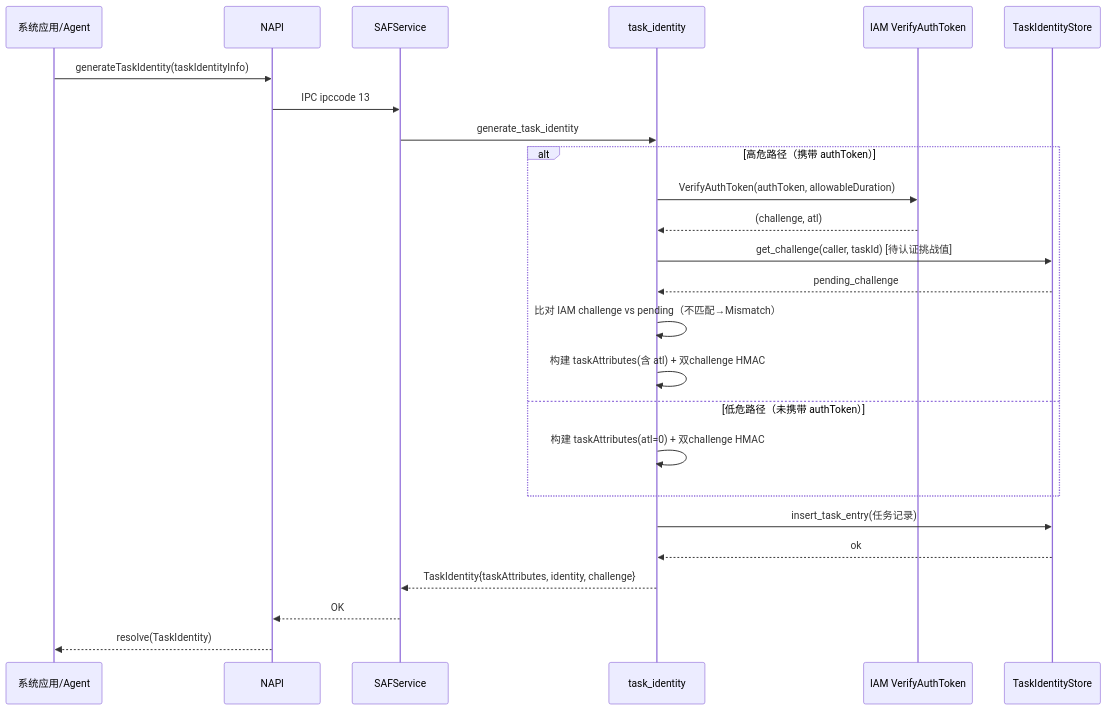
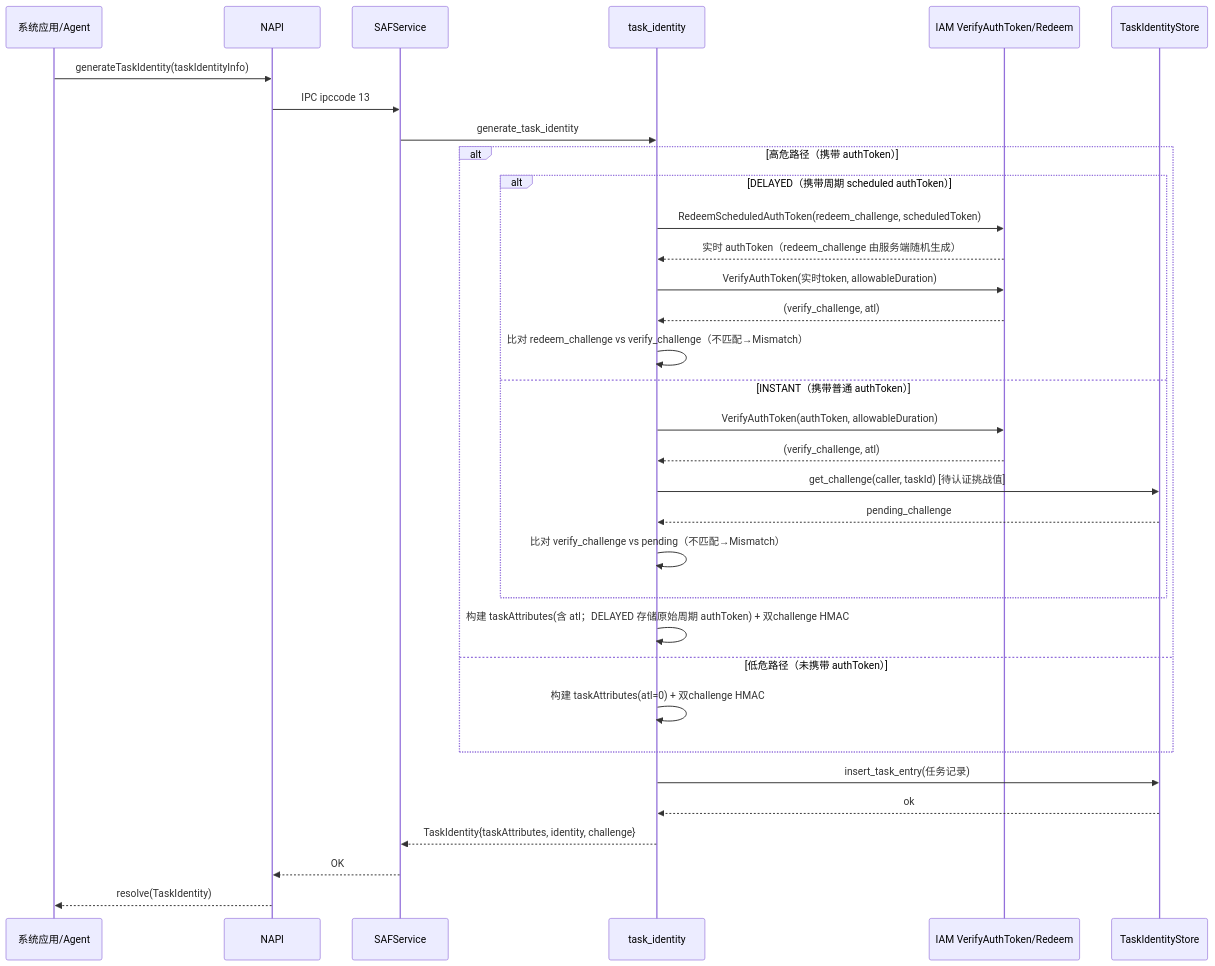
One commit to eclipse-oniro-mirrors/security_asset changed the third of 8 diagrams in .codespec/changes/20260905541319/design.md. Above: the diagram before and after it, drawn with Mermaid. The commit also changed other lines of this file and 35 other files, not shown here.

````diff
--- a/.codespec/changes/20260905541319/design.md
+++ b/.codespec/changes/20260905541319/design.md
@@ -274,27 +274,35 @@
 ```mermaid
 sequenceDiagram
   participant App as 系统应用/Agent
   participant NAPI as NAPI
   participant SA as SAFService
   participant TI as task_identity
-  participant IAM as IAM VerifyAuthToken
+  participant IAM as IAM VerifyAuthToken/Redeem
   participant ST as TaskIdentityStore
   App->>NAPI: generateTaskIdentity(taskIdentityInfo)
   NAPI->>SA: IPC ipccode 13
   SA->>TI: generate_task_identity
   alt 高危路径（携带 authToken）
-    TI->>IAM: VerifyAuthToken(authToken, allowableDuration)
-    IAM-->>TI: (challenge, atl)
-    TI->>ST: get_challenge(caller, taskId) [待认证挑战值]
-    ST-->>TI: pending_challenge
-    TI->>TI: 比对 IAM challenge vs pending（不匹配→Mismatch）
-    TI->>TI: 构建 taskAttributes(含 atl) + 双challenge HMAC
+    alt DELAYED（携带周期 scheduled authToken）
+      TI->>IAM: RedeemScheduledAuthToken(redeem_challenge, scheduledToken)
+      IAM-->>TI: 实时 authToken（redeem_challenge 由服务端随机生成）
+      TI->>IAM: VerifyAuthToken(实时token, allowableDuration)
+      IAM-->>TI: (verify_challenge, atl)
+      TI->>TI: 比对 redeem_challenge vs verify_challenge（不匹配→Mismatch）
+    else INSTANT（携带普通 authToken）
+      TI->>IAM: VerifyAuthToken(authToken, allowableDuration)
+      IAM-->>TI: (verify_challenge, atl)
+      TI->>ST: get_challenge(caller, taskId) [待认证挑战值]
+      ST-->>TI: pending_challenge
+      TI->>TI: 比对 verify_challenge vs pending（不匹配→Mismatch）
+    end
+    TI->>TI: 构建 taskAttributes(含 atl；DELAYED 存储原始周期 authToken) + 双challenge HMAC
   else 低危路径（未携带 authToken）
     TI->>TI: 构建 taskAttributes(atl=0) + 双challenge HMAC
   end
   TI->>ST: insert_task_entry(任务记录)
   ST-->>TI: ok
   TI-->>SA: TaskIdentity{taskAttributes, identity, challenge}
   SA-->>NAPI: OK
   NAPI-->>App: resolve(TaskIdentity)
 ```
````
